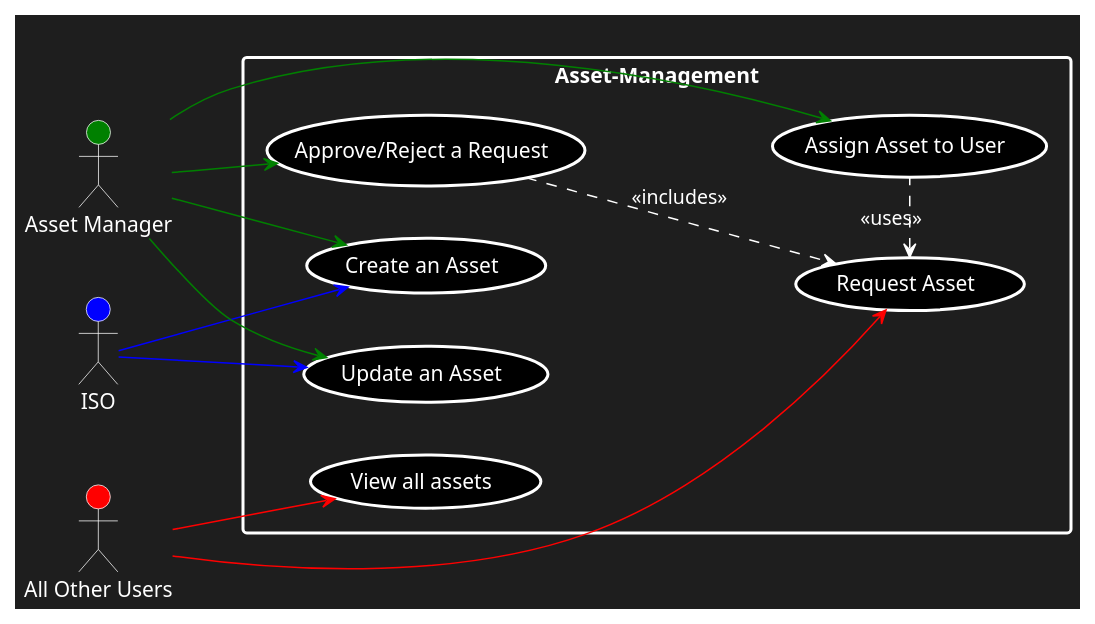
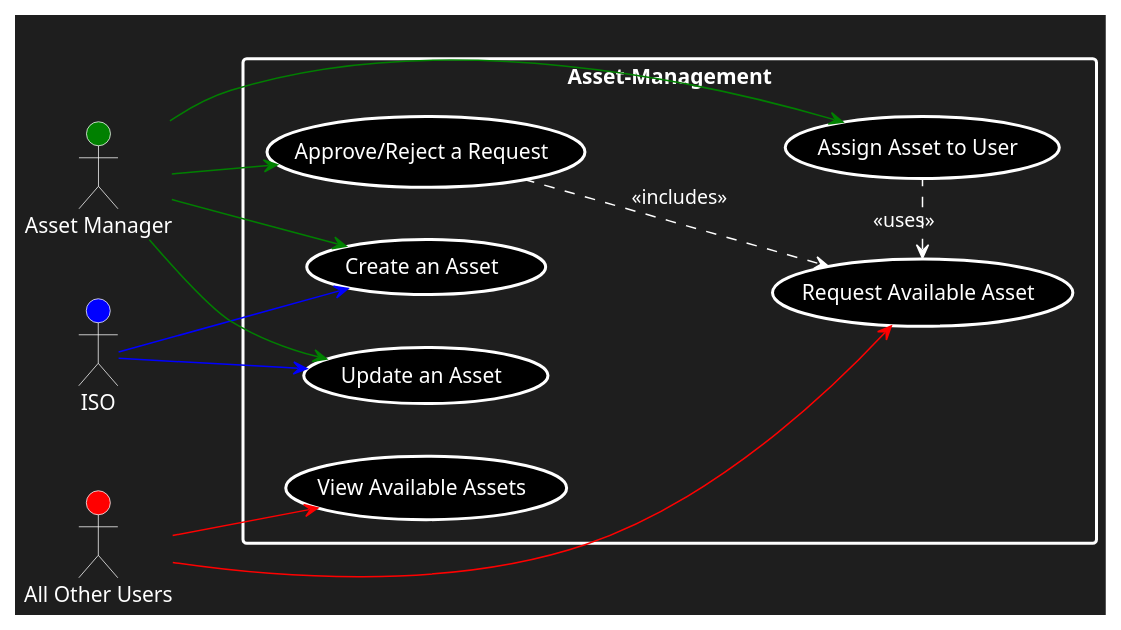
One commit to COS301-SE-2023/InfoSafe changed the diagram in Documentation/Diagrams/Asset-Management.puml. Above: the diagram before and after it, drawn with PlantUML.

Commit message:
Update Asset Management UC

```diff
--- a/Documentation/Diagrams/Asset-Management.puml
+++ b/Documentation/Diagrams/Asset-Management.puml
@@ -1,25 +1,25 @@
 @startuml
 skinparam backgroundColor #1e1e1e
 left to right direction
 actor "Asset Manager" as am #green;text:white;line:white
 actor "ISO" as iso #blue;text:white;line:white
 actor "All Other Users" as user #red;text:white;line:white
 rectangle Asset-Management #text:white;line.bold;line:white {
   usecase "Create an Asset" as UC1 #black;text:white;line.bold;line:white
   usecase "Update an Asset" as UC2 #black;text:white;line.bold;line:white
   usecase "Assign Asset to User" as UC3 #black;text:white;line.bold;line:white
-  usecase "View all assets" as UC4 #black;text:white;line.bold;line:white
-  usecase "Request Asset" as UC5 #black;text:white;line.bold;line:white
+  usecase "View Available Assets" as UC4 #black;text:white;line.bold;line:white
+  usecase "Request Available Asset" as UC5 #black;text:white;line.bold;line:white
   usecase "Approve/Reject a Request" as UC6 #black;text:white;line.bold;line:white
 }
 iso -[#blue]-> UC1
 iso -[#blue]-> UC2
 am -[#green]-> UC1
 am -[#green]-> UC2
 am -[#green]-> UC3
 am -[#green]-> UC6
 user -[#red]-> UC4
 user -[#red]-> UC5
 UC5 <. (UC3) #line:white;text:white : <<uses>>
 UC6 ..> (UC5) #line:white;text:white : <<includes>>
 @enduml
```
